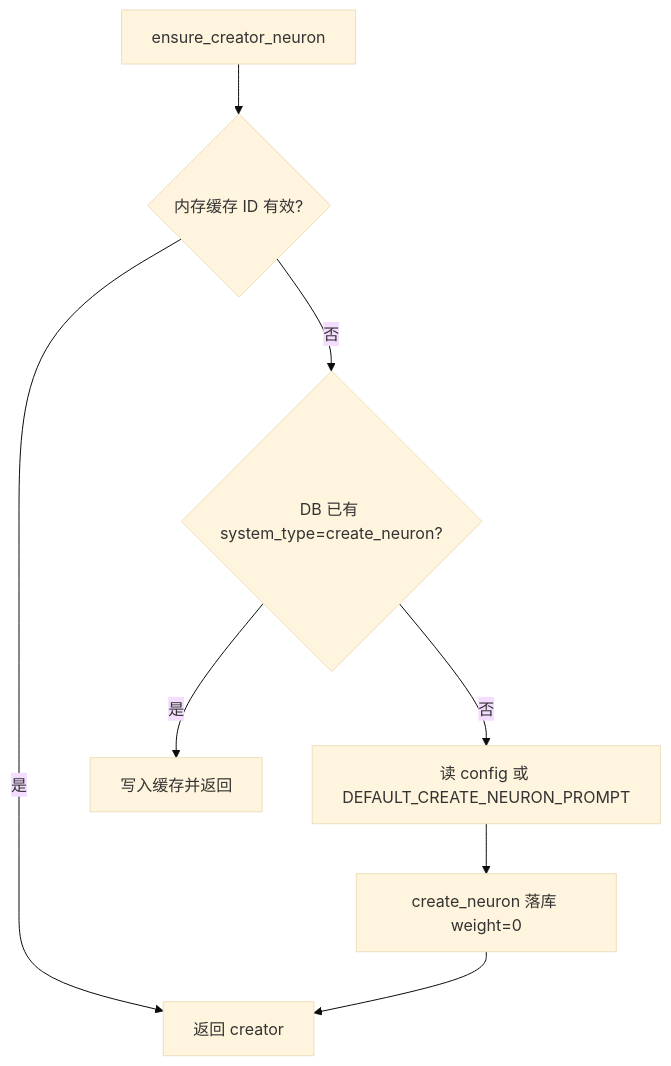
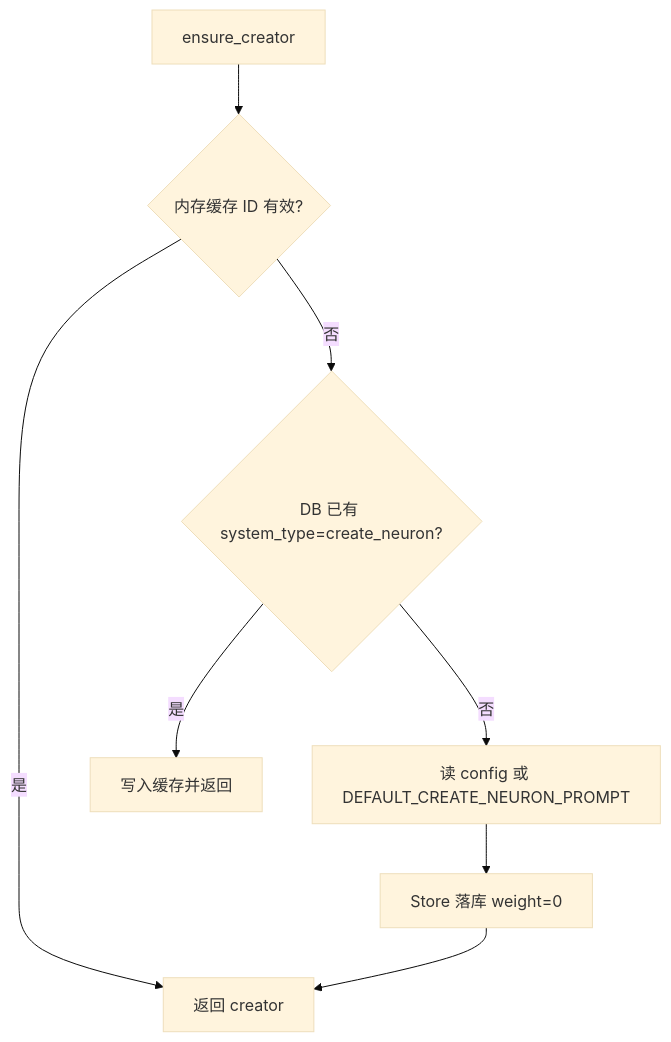
The second of 4 diagrams in docs/agent-app/neuron-init.md (luoanb/new-start), drawn with Mermaid (base theme) before and after one commit. The commit also changed other lines of this file and 12 other files, not shown here.

````diff
--- a/docs/agent-app/neuron-init.md
+++ b/docs/agent-app/neuron-init.md
@@ -54,10 +65,10 @@
 ```mermaid
 flowchart TD
-  A[ensure_creator_neuron] --> B{内存缓存 ID 有效?}
+  A[ensure_creator] --> B{内存缓存 ID 有效?}
   B -->|是| C[返回 creator]
   B -->|否| D{DB 已有 system_type=create_neuron?}
   D -->|是| E[写入缓存并返回]
   D -->|否| F[读 config 或 DEFAULT_CREATE_NEURON_PROMPT]
-  F --> G[create_neuron 落库 weight=0]
+  F --> G[Store 落库 weight=0]
   G --> C
 ```
````
